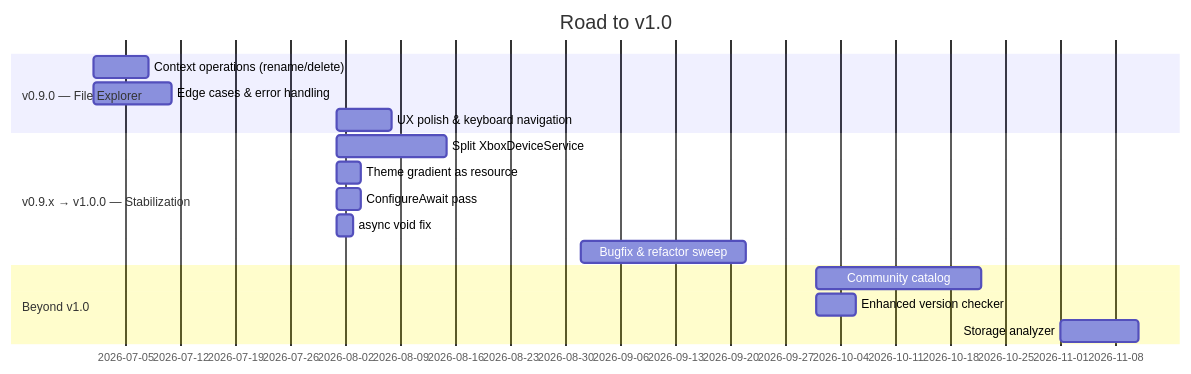
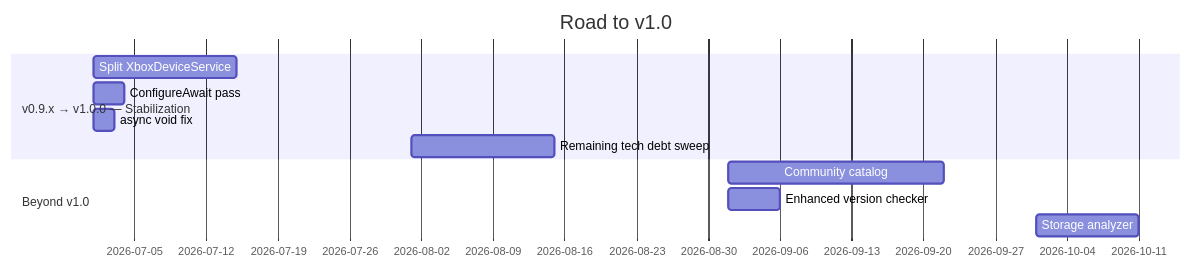
Before and after one commit to marcelofrau/xb-homebrew-vault: the third of 3 diagrams in docs/roadmap.md, drawn with Mermaid. The commit also changed other lines of this file and 11 other files, not shown here.

First line of the commit message:
chore: bump v0.9.3 — roadmap/readme update, silent-catches fix, AdminHelper removal

````diff
--- a/docs/roadmap.md
+++ b/docs/roadmap.md
@@ -128,19 +155,14 @@
 ```mermaid
 gantt
     title Road to v1.0
     dateFormat  YYYY-MM-DD
-    section v0.9.0 — File Explorer
-    Context operations (rename/delete) : 2026-07, 7d
-    Edge cases & error handling        : 2026-07, 10d
-    UX polish & keyboard navigation    : 2026-08, 7d
     section v0.9.x → v1.0.0 — Stabilization
-    Split XboxDeviceService     : 2026-08, 14d
-    Theme gradient as resource  : 2026-08, 3d
-    ConfigureAwait pass         : 2026-08, 3d
-    async void fix              : 2026-08, 2d
-    Bugfix & refactor sweep     : 2026-09, 21d
+    Split XboxDeviceService     : 2026-07, 14d
+    ConfigureAwait pass         : 2026-07, 3d
+    async void fix              : 2026-07, 2d
+    Remaining tech debt sweep   : 2026-08, 14d
     section Beyond v1.0
-    Community catalog           : 2026-10, 21d
-    Enhanced version checker    : 2026-10, 5d
-    Storage analyzer            : 2026-11, 10d
+    Community catalog           : 2026-09, 21d
+    Enhanced version checker    : 2026-09, 5d
+    Storage analyzer            : 2026-10, 10d
 ```
````
